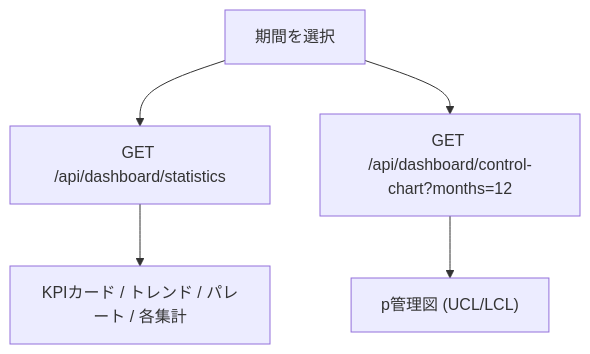
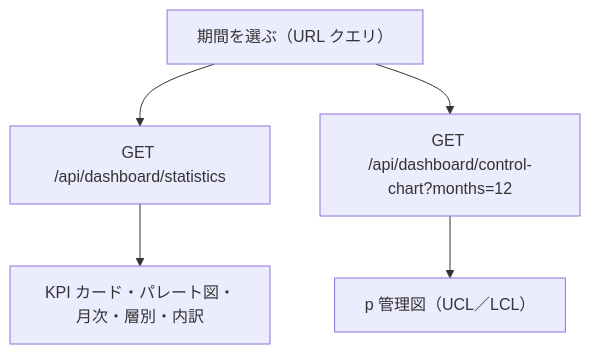
Before and after one commit to luvwinnie/2026_ai_seminar: the fourth of 5 diagrams in docs/02_機能仕様書.md, drawn with Mermaid. The commit also changed other lines of this file and 570 other files, not shown here.

````diff
--- a/docs/02_機能仕様書.md
+++ b/docs/02_機能仕様書.md
@@ -208,7 +296,7 @@
 ```mermaid
 flowchart TD
-    A["期間を選択"] --> B["GET /api/dashboard/statistics"]
+    A["期間を選ぶ（URL クエリ）"] --> B["GET /api/dashboard/statistics"]
     A --> C["GET /api/dashboard/control-chart?months=12"]
-    B --> D["KPIカード / トレンド / パレート / 各集計"]
-    C --> E["p管理図 (UCL/LCL)"]
+    B --> D["KPI カード・パレート図・月次・層別・内訳"]
+    C --> E["p 管理図（UCL／LCL）"]
 ```
````
